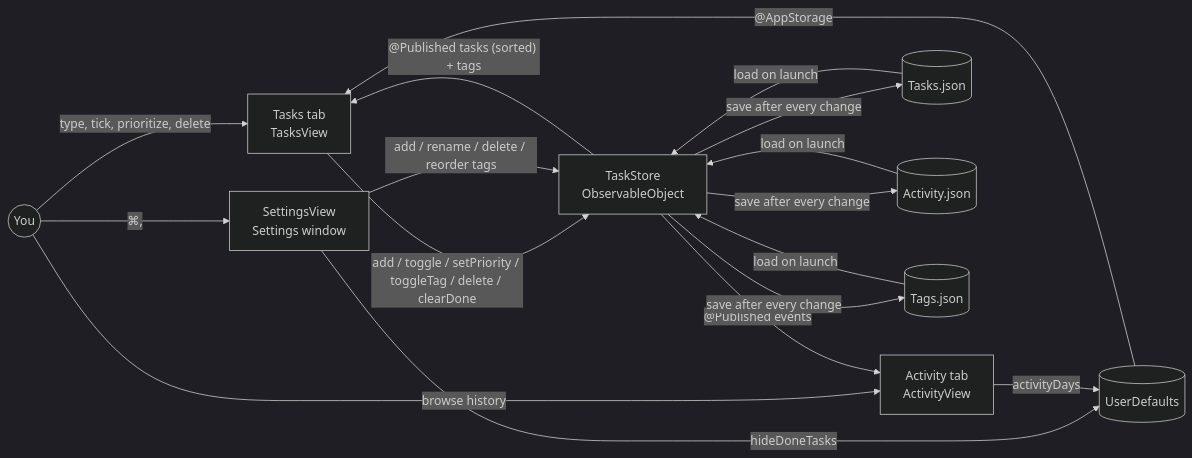
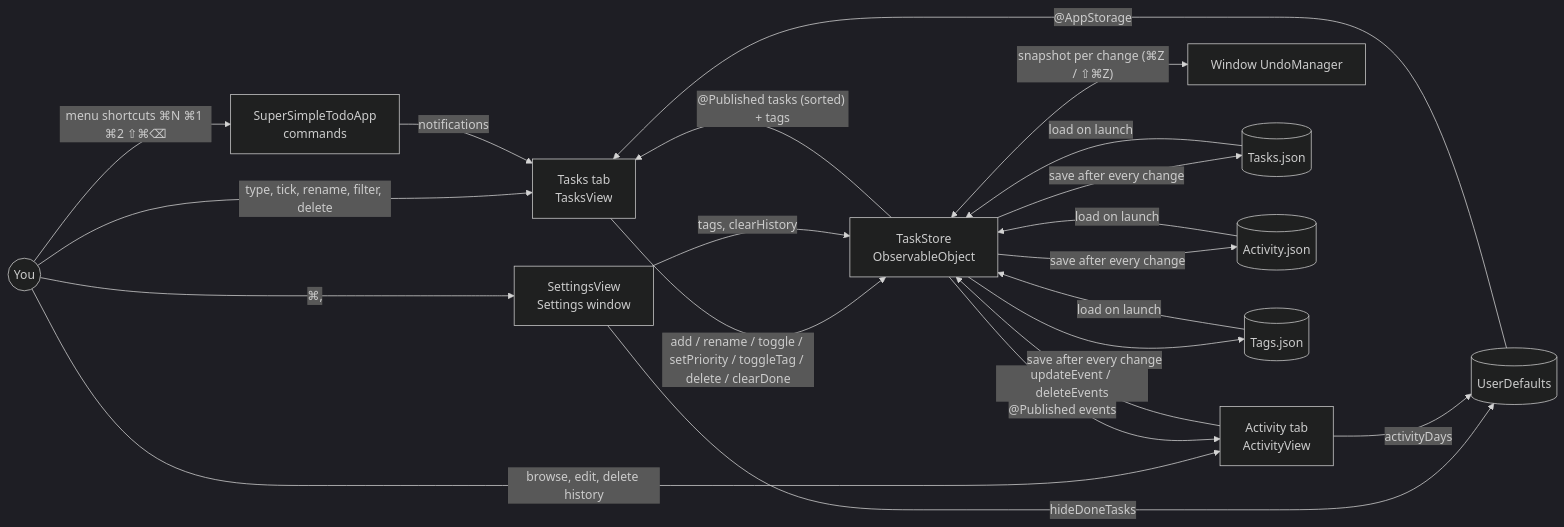
Before and after one commit to amalmehta/SuperSimpleTodo: the diagram in docs/SYSTEM-DESIGN.md, drawn with Mermaid (dark theme). The commit also changed other lines of this file and 15 other files, not shown here.

Commit message:
Add undo, rename, tag filter, keyboard selection, editable history, install and screenshot scripts

````diff
--- a/docs/SYSTEM-DESIGN.md
+++ b/docs/SYSTEM-DESIGN.md
@@ -7,17 +7,21 @@
 ```mermaid
 flowchart LR
-    User((You)) -->|type, tick, prioritize, delete| TV[Tasks tab<br/>TasksView]
-    User -->|browse history| AV[Activity tab<br/>ActivityView]
+    User((You)) -->|type, tick, rename, filter, delete| TV[Tasks tab<br/>TasksView]
+    User -->|browse, edit, delete history| AV[Activity tab<br/>ActivityView]
+    User -->|"menu shortcuts ⌘N ⌘1 ⌘2 ⇧⌘⌫"| App[SuperSimpleTodoApp<br/>commands]
+    App -->|notifications| TV
     User -->|⌘,| SV[SettingsView<br/>Settings window]
-    TV -->|add / toggle / setPriority / toggleTag / delete / clearDone| TS[TaskStore<br/>ObservableObject]
-    SV -->|add / rename / delete / reorder tags| TS
+    TV -->|add / rename / toggle / setPriority / toggleTag / delete / clearDone| TS[TaskStore<br/>ObservableObject]
+    AV -->|updateEvent / deleteEvents| TS
+    SV -->|tags, clearHistory| TS
+    TS <-->|"snapshot per change (⌘Z / ⇧⌘Z)"| UM[Window UndoManager]
     TS -->|"@Published tasks (sorted) + tags"| TV
     TS -->|"@Published events"| AV
     TS -->|save after every change| TJ[(Tasks.json)]
     TS -->|save after every change| AJ[(Activity.json)]
     TS -->|save after every change| SJ[(Tags.json)]
     TJ & AJ & SJ -->|load on launch| TS
     SV -->|hideDoneTasks| UD[(UserDefaults)]
     AV -->|activityDays| UD
     UD -->|"@AppStorage"| TV
 ```
````
